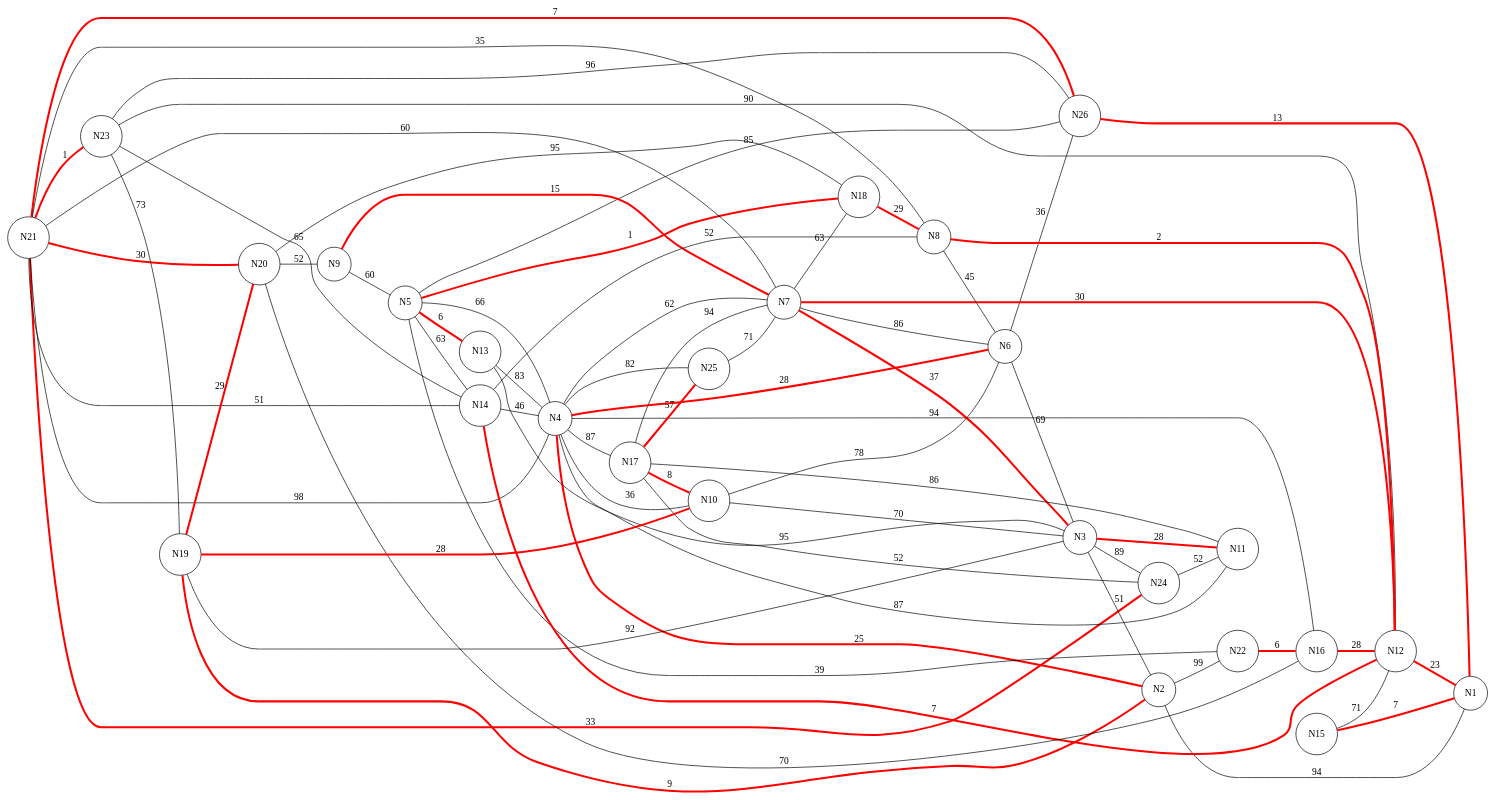
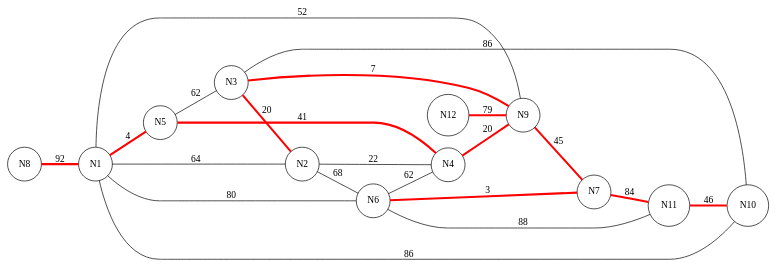
Before and after one commit to derqqx/ass3daa: the diagram in graph_4_kruskal.dot, drawn with Graphviz. The commit also changed 15 other files, not shown here.

Commit message:
git commit -m "feat: implement Graph and Edge classes with DOT visualization"

```diff
--- a/graph_4_kruskal.dot
+++ b/graph_4_kruskal.dot
@@ -1,101 +1,39 @@
 graph G {
   rankdir=LR;
   node [shape=circle];
 
-  N21;
-  N20;
-  N23;
-  N22;
-  N25;
-  N24;
-  N26;
   N1;
   N2;
   N3;
   N4;
   N5;
   N6;
   N7;
   N8;
   N9;
   N10;
   N12;
   N11;
-  N14;
-  N13;
-  N16;
-  N15;
-  N18;
-  N17;
-  N19;
 
-  N2 -- N1 [label="94"];
-  N3 -- N2 [label="51"];
-  N4 -- N2 [label="25", color="red", penwidth=3.0];
-  N5 -- N4 [label="66"];
-  N6 -- N3 [label="69"];
-  N7 -- N3 [label="37", color="red", penwidth=3.0];
-  N8 -- N6 [label="45"];
-  N9 -- N7 [label="15", color="red", penwidth=3.0];
-  N10 -- N3 [label="70"];
-  N11 -- N4 [label="87"];
-  N12 -- N1 [label="23", color="red", penwidth=3.0];
-  N13 -- N3 [label="95"];
-  N14 -- N12 [label="7", color="red", penwidth=3.0];
-  N15 -- N12 [label="71"];
-  N16 -- N12 [label="28", color="red", penwidth=3.0];
-  N17 -- N11 [label="86"];
-  N18 -- N8 [label="29", color="red", penwidth=3.0];
-  N19 -- N10 [label="28", color="red", penwidth=3.0];
-  N20 -- N9 [label="52"];
-  N21 -- N4 [label="98"];
-  N22 -- N16 [label="6", color="red", penwidth=3.0];
-  N23 -- N12 [label="90"];
-  N24 -- N11 [label="52"];
-  N25 -- N7 [label="71"];
-  N26 -- N1 [label="13", color="red", penwidth=3.0];
-  N16 -- N20 [label="70"];
-  N10 -- N4 [label="36"];
-  N2 -- N19 [label="9", color="red", penwidth=3.0];
-  N6 -- N4 [label="28", color="red", penwidth=3.0];
-  N3 -- N11 [label="28", color="red", penwidth=3.0];
-  N15 -- N1 [label="7", color="red", penwidth=3.0];
-  N8 -- N12 [label="2", color="red", penwidth=3.0];
-  N21 -- N8 [label="35"];
-  N19 -- N20 [label="29", color="red", penwidth=3.0];
-  N3 -- N24 [label="89"];
-  N4 -- N16 [label="94"];
-  N7 -- N12 [label="30", color="red", penwidth=3.0];
-  N7 -- N21 [label="60"];
-  N17 -- N7 [label="94"];
-  N7 -- N18 [label="63"];
-  N17 -- N24 [label="52"];
-  N5 -- N22 [label="39"];
-  N4 -- N17 [label="87"];
-  N19 -- N3 [label="92"];
-  N7 -- N6 [label="86"];
-  N21 -- N24 [label="33", color="red", penwidth=3.0];
-  N10 -- N6 [label="78"];
-  N17 -- N10 [label="8", color="red", penwidth=3.0];
-  N5 -- N26 [label="85"];
-  N21 -- N23 [label="1", color="red", penwidth=3.0];
-  N6 -- N26 [label="36"];
-  N14 -- N21 [label="51"];
-  N13 -- N4 [label="83"];
-  N21 -- N26 [label="7", color="red", penwidth=3.0];
-  N17 -- N25 [label="57", color="red", penwidth=3.0];
-  N18 -- N20 [label="95"];
-  N26 -- N23 [label="96"];
-  N23 -- N19 [label="73"];
-  N14 -- N8 [label="52"];
-  N14 -- N23 [label="65"];
-  N20 -- N21 [label="30", color="red", penwidth=3.0];
-  N9 -- N5 [label="60"];
-  N5 -- N18 [label="1", color="red", penwidth=3.0];
-  N14 -- N4 [label="46"];
-  N25 -- N4 [label="82"];
-  N5 -- N14 [label="63"];
-  N5 -- N13 [label="6", color="red", penwidth=3.0];
-  N4 -- N7 [label="62"];
-  N2 -- N22 [label="99"];
+  N2 -- N1 [label="64"];
+  N3 -- N2 [label="20", color="red", penwidth=3.0];
+  N4 -- N2 [label="22"];
+  N5 -- N3 [label="62"];
+  N6 -- N4 [label="62"];
+  N7 -- N6 [label="3", color="red", penwidth=3.0];
+  N8 -- N1 [label="92", color="red", penwidth=3.0];
+  N9 -- N1 [label="52"];
+  N10 -- N1 [label="86"];
+  N11 -- N6 [label="88"];
+  N12 -- N9 [label="79", color="red", penwidth=3.0];
+  N9 -- N7 [label="45", color="red", penwidth=3.0];
+  N1 -- N5 [label="4", color="red", penwidth=3.0];
+  N4 -- N9 [label="20", color="red", penwidth=3.0];
+  N7 -- N11 [label="84", color="red", penwidth=3.0];
+  N2 -- N6 [label="68"];
+  N4 -- N5 [label="41", color="red", penwidth=3.0];
+  N11 -- N10 [label="46", color="red", penwidth=3.0];
+  N9 -- N3 [label="7", color="red", penwidth=3.0];
+  N3 -- N10 [label="86"];
+  N1 -- N6 [label="80"];
 }
```
